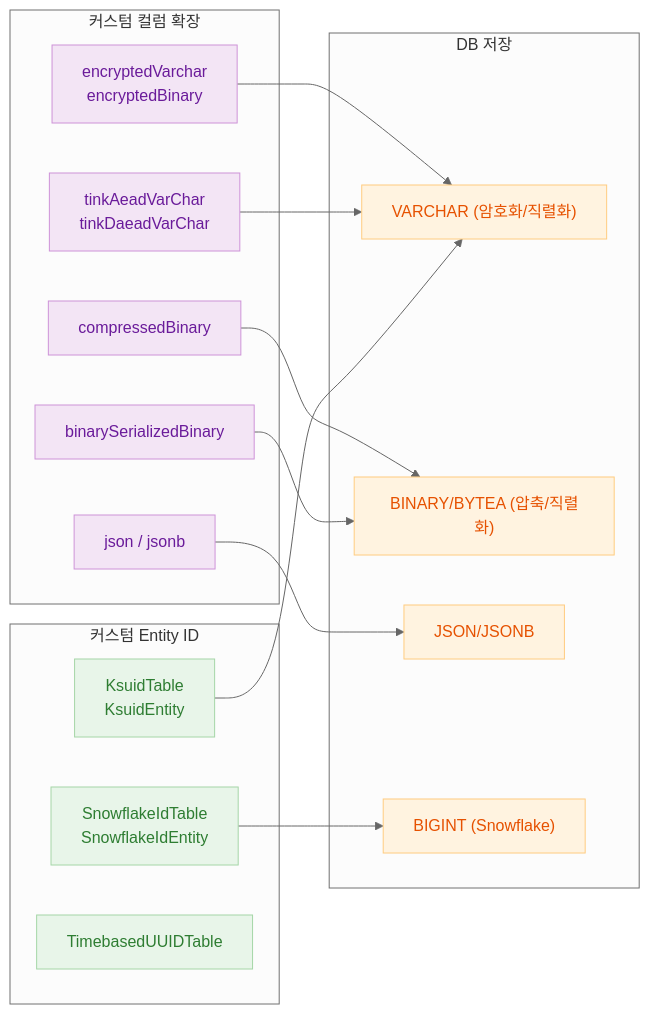
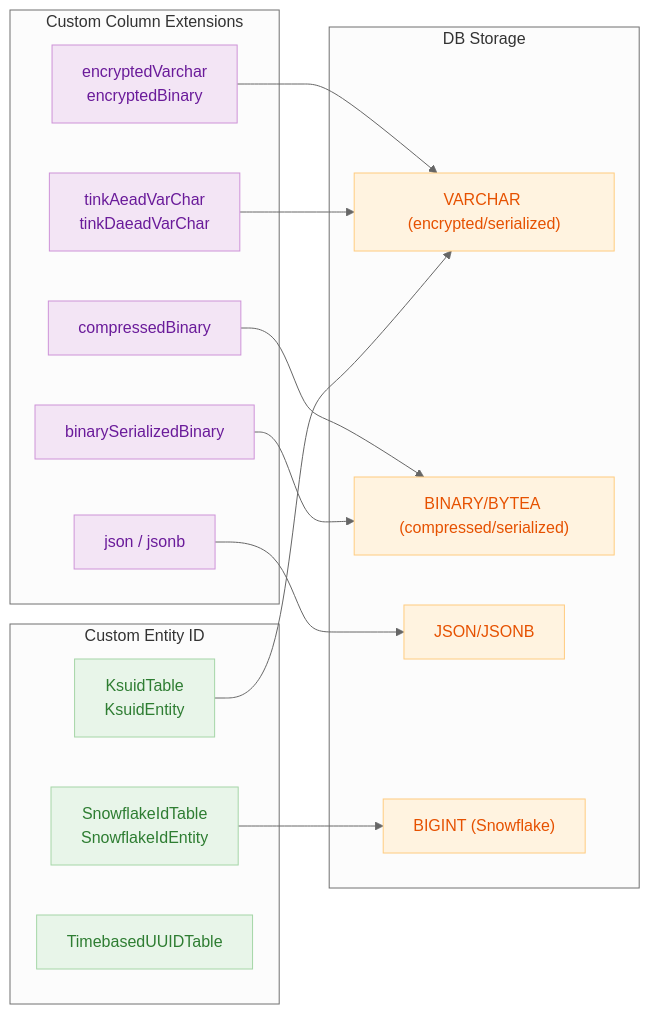
The first of 2 diagrams in 06-advanced/README.md (bluetape4k/exposed-workshop), drawn with Mermaid (neutral theme) before and after one commit. The commit also changed other lines of this file and 115 other files, not shown here.

````diff
--- a/06-advanced/README.md
+++ b/06-advanced/README.md
@@ -34,37 +36,37 @@
 ```mermaid
 flowchart LR
-    subgraph Column["커스텀 컬럼 확장"]
+    subgraph Column["Custom Column Extensions"]
         CRYPT["encryptedVarchar\nencryptedBinary"]
         TINK["tinkAeadVarChar\ntinkDaeadVarChar"]
         JSON["json / jsonb"]
         COMP["compressedBinary"]
         SER["binarySerializedBinary"]
     end
 
-    subgraph Entity["커스텀 Entity ID"]
+    subgraph Entity["Custom Entity ID"]
         KSUID["KsuidTable\nKsuidEntity"]
         SNOW["SnowflakeIdTable\nSnowflakeIdEntity"]
         UUID["TimebasedUUIDTable"]
     end
 
-    subgraph Storage["DB 저장"]
-        VARCHAR["VARCHAR (암호화/직렬화)"]
-        BINARY["BINARY/BYTEA (압축/직렬화)"]
+    subgraph Storage["DB Storage"]
+        VARCHAR["VARCHAR (encrypted/serialized)"]
+        BINARY["BINARY/BYTEA (compressed/serialized)"]
         JSONTYPE["JSON/JSONB"]
         BIGINT["BIGINT (Snowflake)"]
     end
 
     CRYPT & TINK --> VARCHAR
     COMP & SER --> BINARY
     JSON --> JSONTYPE
     KSUID --> VARCHAR
     SNOW --> BIGINT
 
     classDef purple fill:#F3E5F5,stroke:#CE93D8,color:#6A1B9A
     classDef green fill:#E8F5E9,stroke:#A5D6A7,color:#2E7D32
     classDef orange fill:#FFF3E0,stroke:#FFCC80,color:#E65100
 
     class CRYPT,TINK,JSON,COMP,SER purple
     class KSUID,SNOW,UUID green
     class VARCHAR,BINARY,JSONTYPE,BIGINT orange
 ```
````
